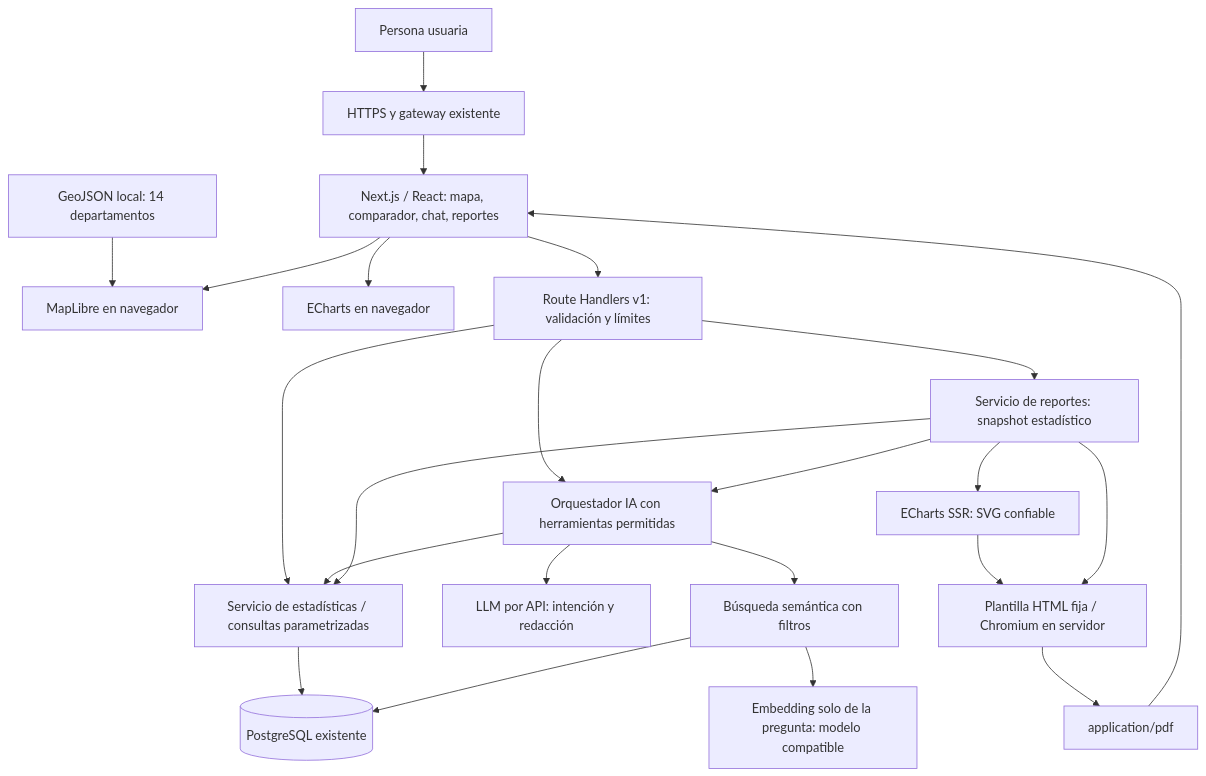
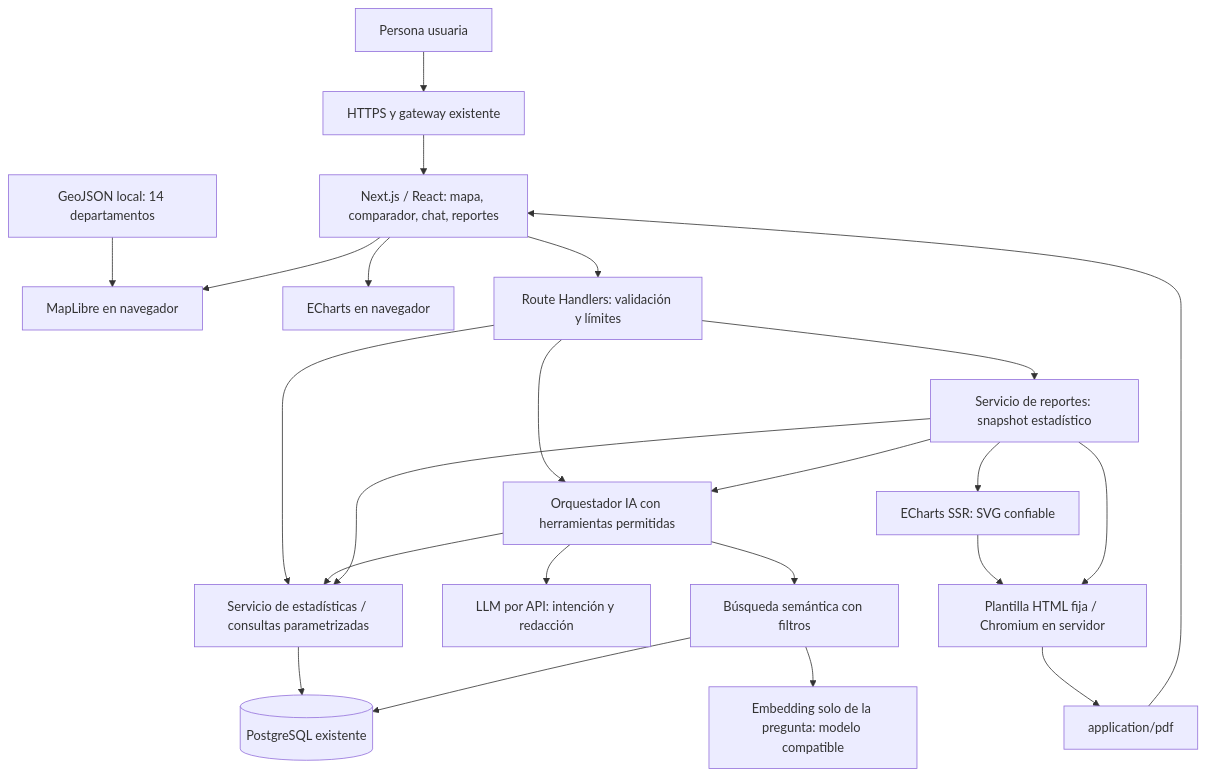
Before and after one commit to CUBO-IA/ImpactAtlas-Nemotron: the diagram in docs/plan/01-arquitectura-y-datos.md, drawn with Mermaid. The commit also changed other lines of this file and 6 other files, not shown here.

Commit message:
docs(plan): align roadmap with executable API contracts

````diff
--- a/docs/plan/01-arquitectura-y-datos.md
+++ b/docs/plan/01-arquitectura-y-datos.md
@@ -24,25 +24,25 @@
 ```mermaid
 flowchart TD
     U["Persona usuaria"] --> P["HTTPS y gateway existente"]
     P --> UI["Next.js / React: mapa, comparador, chat, reportes"]
     GEO["GeoJSON local: 14 departamentos"] --> MAP["MapLibre en navegador"]
     UI --> MAP
     UI --> CH["ECharts en navegador"]
-    UI --> API["Route Handlers v1: validación y límites"]
+    UI --> API["Route Handlers: validación y límites"]
     API --> ST["Servicio de estadísticas / consultas parametrizadas"]
     API --> AG["Orquestador IA con herramientas permitidas"]
     AG --> LLM["LLM por API: intención y redacción"]
     AG --> ST
     AG --> VS["Búsqueda semántica con filtros"]
     VS --> QE["Embedding solo de la pregunta: modelo compatible"]
     ST --> DB[("PostgreSQL existente")]
     VS --> DB
     API --> REP["Servicio de reportes: snapshot estadístico"]
     REP --> ST
     REP --> AG
     REP --> SVG["ECharts SSR: SVG confiable"]
     SVG --> PDF["Plantilla HTML fija / Chromium en servidor"]
     REP --> PDF
     PDF --> OUT["application/pdf"]
     OUT --> UI
 ```
````
